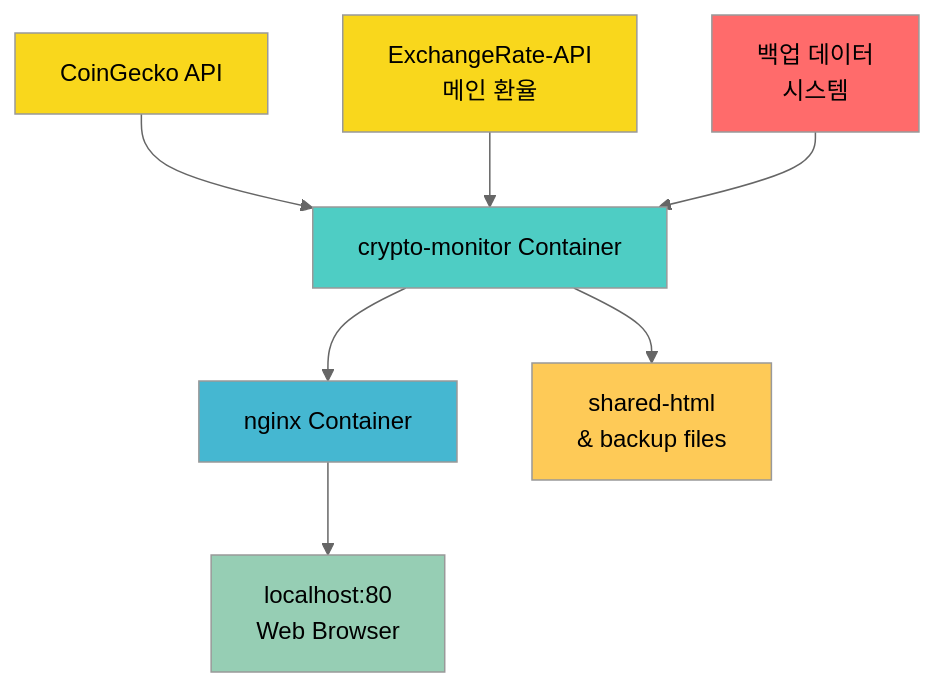
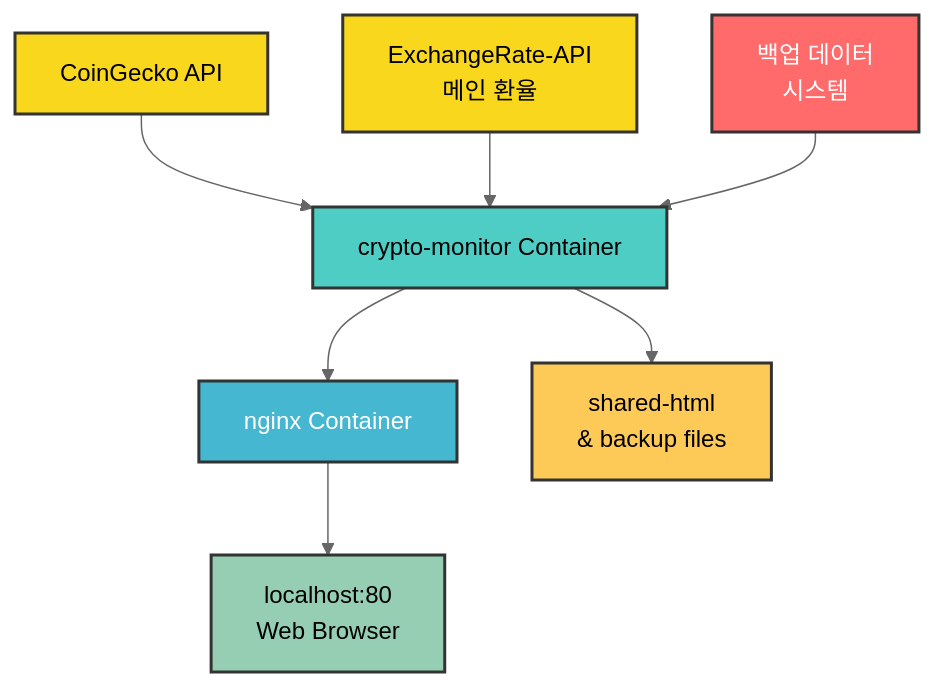
One commit to DongjuLee0528/realtime-crypto-dashboard changed the first of 2 diagrams in README.md. Above: the diagram before and after it, drawn with Mermaid (neutral theme). The commit also changed other lines of this file, not shown here.

````diff
--- a/README.md
+++ b/README.md
@@ -26,17 +26,17 @@
 ```mermaid
 graph TD
     A[CoinGecko API] --> D[crypto-monitor Container]
     B[ExchangeRate-API<br/>메인 환율] --> D
     C[백업 데이터<br/>시스템] --> D
     D --> E[nginx Container]
     E --> F[localhost:80<br/>Web Browser]
     D --> G[shared-html<br/>& backup files]
     
-    style A fill:#f9d71c
-    style B fill:#f9d71c  
-    style C fill:#ff6b6b
-    style D fill:#4ecdc4
-    style E fill:#45b7d1
-    style F fill:#96ceb4
-    style G fill:#feca57
+    style A fill:#f9d71c,stroke:#333,stroke-width:2px,color:#000
+    style B fill:#f9d71c,stroke:#333,stroke-width:2px,color:#000
+    style C fill:#ff6b6b,stroke:#333,stroke-width:2px,color:#fff
+    style D fill:#4ecdc4,stroke:#333,stroke-width:2px,color:#000
+    style E fill:#45b7d1,stroke:#333,stroke-width:2px,color:#fff
+    style F fill:#96ceb4,stroke:#333,stroke-width:2px,color:#000
+    style G fill:#feca57,stroke:#333,stroke-width:2px,color:#000
 ```
````
